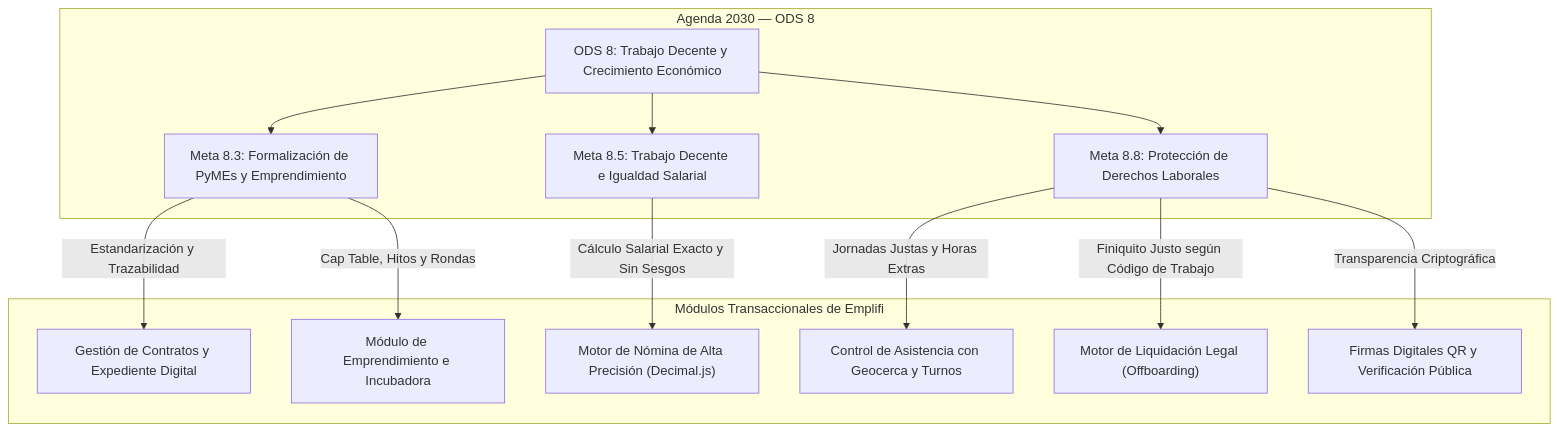
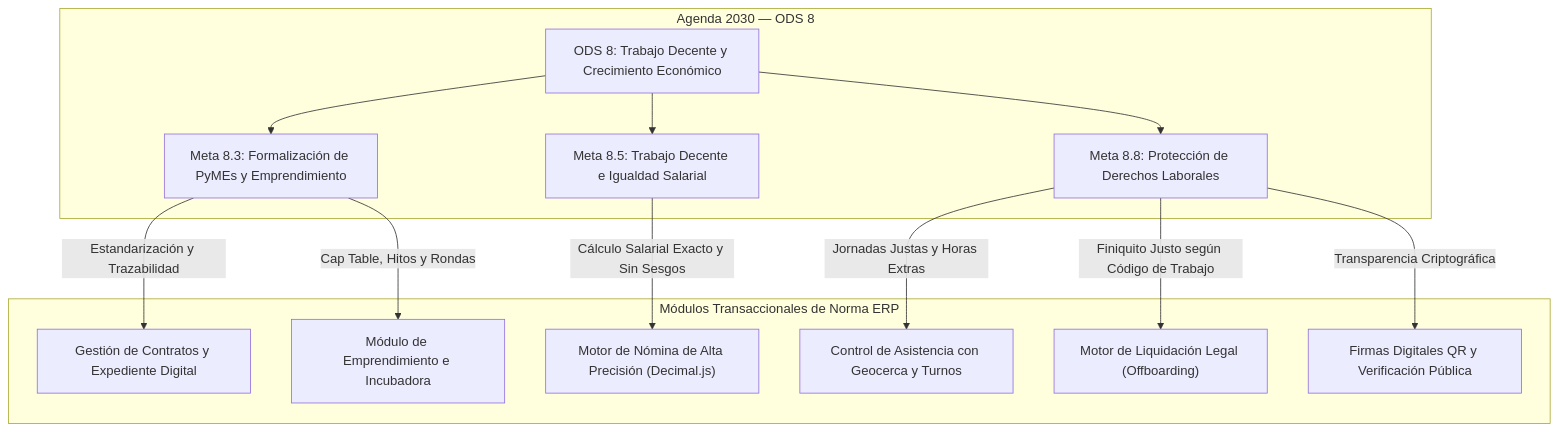
Before and after one commit to JorgeDoicela/erp_pymes: the diagram in docs/09-sostenibilidad-ods/01-alineacion-estrategica-ods-8.md, drawn with Mermaid. The commit also changed other lines of this file and 374 other files, not shown here.

````diff
--- a/docs/09-sostenibilidad-ods/01-alineacion-estrategica-ods-8.md
+++ b/docs/09-sostenibilidad-ods/01-alineacion-estrategica-ods-8.md
@@ -22,27 +22,27 @@
 ```mermaid
 flowchart TD
     subgraph ONU["Agenda 2030 — ODS 8"]
         ODS8["ODS 8: Trabajo Decente y Crecimiento Económico"]
         M83["Meta 8.3: Formalización de PyMEs y Emprendimiento"]
         M85["Meta 8.5: Trabajo Decente e Igualdad Salarial"]
         M88["Meta 8.8: Protección de Derechos Laborales"]
     end
 
-    subgraph Emplifi["Módulos Transaccionales de Emplifi"]
+    subgraph NormaERP["Módulos Transaccionales de Norma ERP"]
         C1["Gestión de Contratos y Expediente Digital"]
         C2["Módulo de Emprendimiento e Incubadora"]
         C3["Motor de Nómina de Alta Precisión (Decimal.js)"]
         C4["Control de Asistencia con Geocerca y Turnos"]
         C5["Motor de Liquidación Legal (Offboarding)"]
         C6["Firmas Digitales QR y Verificación Pública"]
     end
 
     ODS8 --> M83 & M85 & M88
 
     M83 -->|Estandarización y Trazabilidad| C1
     M83 -->|Cap Table, Hitos y Rondas| C2
     M85 -->|Cálculo Salarial Exacto y Sin Sesgos| C3
     M88 -->|Jornadas Justas y Horas Extras| C4
     M88 -->|Finiquito Justo según Código de Trabajo| C5
     M88 -->|Transparencia Criptográfica| C6
 ```
````
